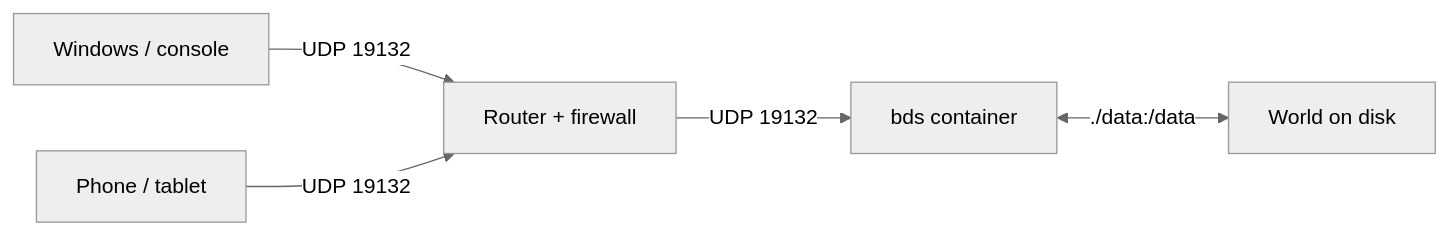
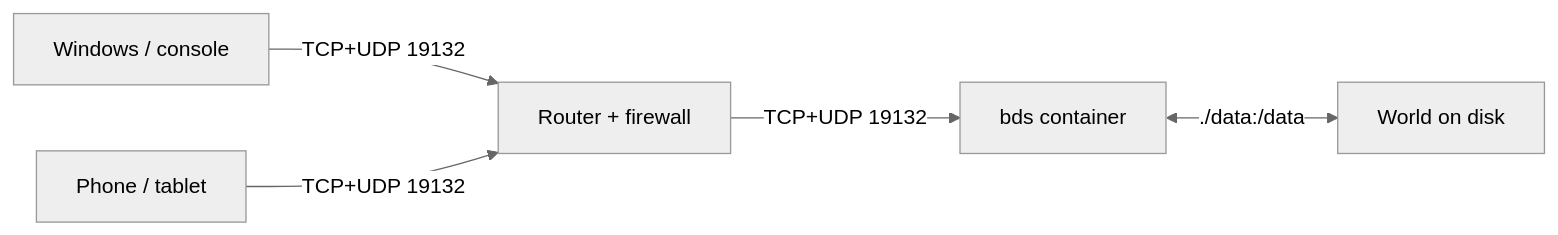
The diagram in doc/guides/bedrock-server-docker.md (Ketbome/minepanel), drawn with Mermaid (neutral theme) before and after one commit. The commit also changed other lines of this file and 21 other files, not shown here.

````diff
--- a/doc/guides/bedrock-server-docker.md
+++ b/doc/guides/bedrock-server-docker.md
@@ -19,7 +19,7 @@
 ```mermaid
 flowchart LR
-    W["Windows / console"] -->|"UDP 19132"| R["Router + firewall"]
-    M["Phone / tablet"] -->|"UDP 19132"| R
-    R -->|"UDP 19132"| B["bds container"]
+    W["Windows / console"] -->|"TCP+UDP 19132"| R["Router + firewall"]
+    M["Phone / tablet"] -->|"TCP+UDP 19132"| R
+    R -->|"TCP+UDP 19132"| B["bds container"]
     B <-->|"./data:/data"| D["World on disk"]
 ```
````
